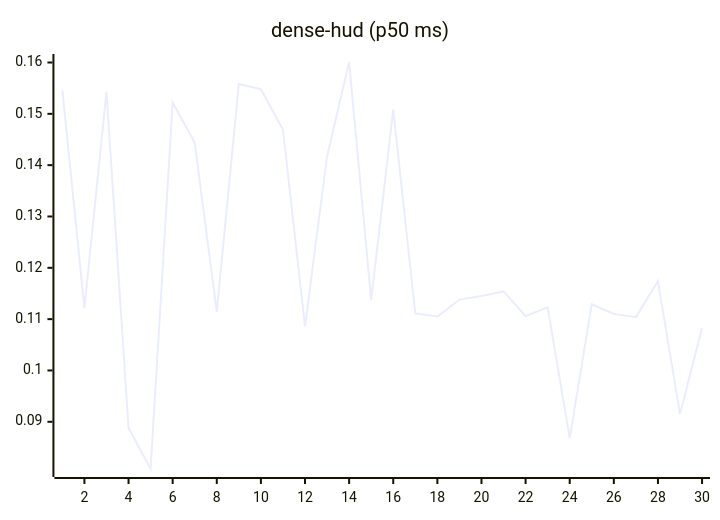
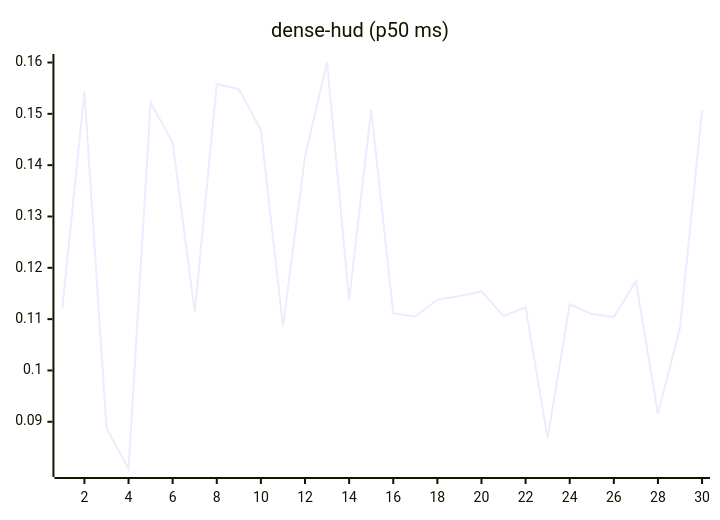
The eighth of 27 diagrams in README.md (josha/Facet), drawn with Mermaid before and after one commit. The commit also changed other lines of this file and 2 other files, not shown here.

````diff
--- a/README.md
+++ b/README.md
@@ -112,6 +112,6 @@
 ```mermaid
 xychart-beta
     title "dense-hud (p50 ms)"
     x-axis 1 --> 30
-    line [0.1546, 0.1122, 0.1543, 0.0888, 0.0808, 0.1522, 0.1444, 0.1114, 0.1558, 0.1548, 0.1469, 0.1086, 0.1417, 0.1601, 0.1137, 0.1508, 0.1111, 0.1105, 0.1138, 0.1145, 0.1154, 0.1106, 0.1123, 0.0868, 0.1129, 0.1110, 0.1104, 0.1174, 0.0915, 0.1083]
+    line [0.1122, 0.1543, 0.0888, 0.0808, 0.1522, 0.1444, 0.1114, 0.1558, 0.1548, 0.1469, 0.1086, 0.1417, 0.1601, 0.1137, 0.1508, 0.1111, 0.1105, 0.1138, 0.1145, 0.1154, 0.1106, 0.1123, 0.0868, 0.1129, 0.1110, 0.1104, 0.1174, 0.0915, 0.1083, 0.1507]
 ```
````
